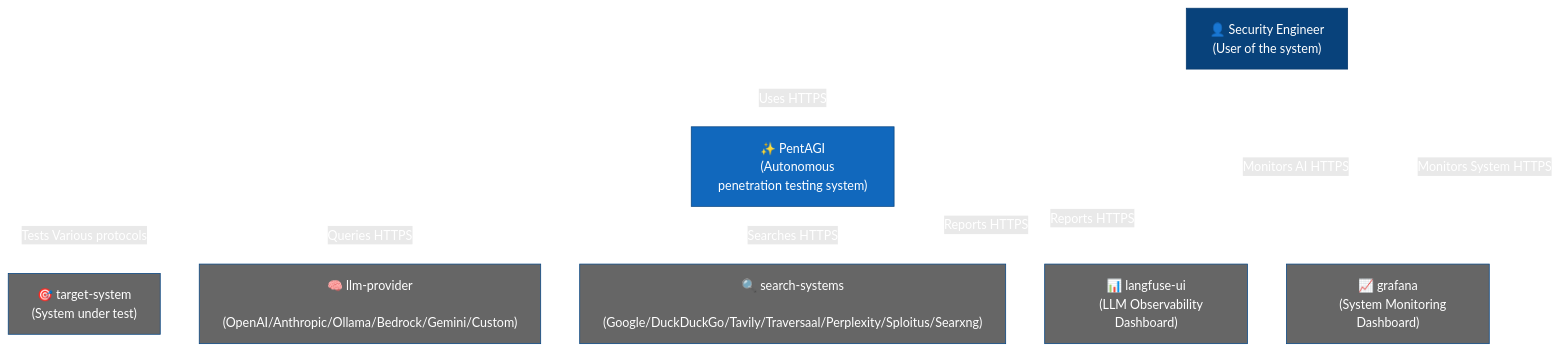
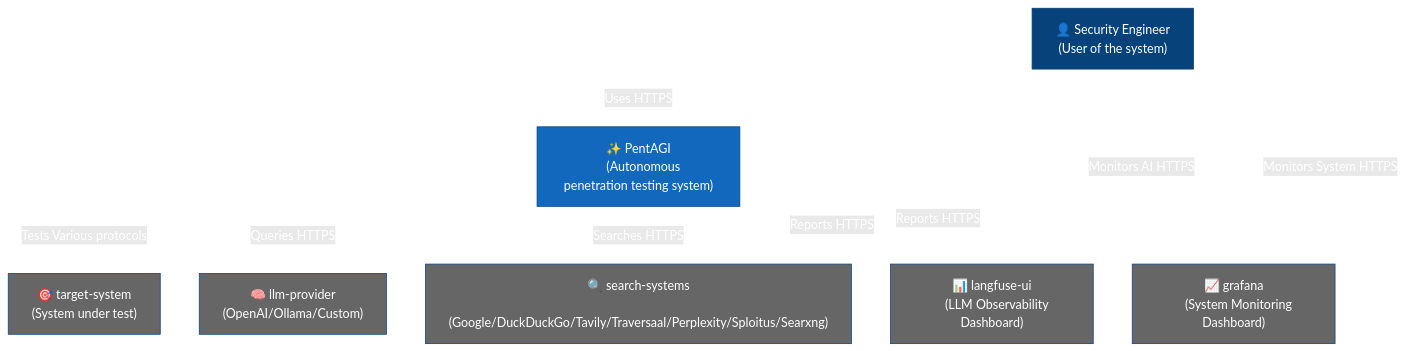
The first of 6 diagrams in README.md (giveen/pentagi), drawn with Mermaid before and after one commit. The commit also changed other lines of this file and 1 other file, not shown here.

````diff
--- a/README.md
+++ b/README.md
@@ -90,38 +90,38 @@
 ```mermaid
 flowchart TB
     classDef person fill:#08427B,stroke:#073B6F,color:#fff
     classDef system fill:#1168BD,stroke:#0B4884,color:#fff
     classDef external fill:#666666,stroke:#0B4884,color:#fff
 
     pentester["👤 Security Engineer
     (User of the system)"]
 
     pentagi["✨ PentAGI
     (Autonomous penetration testing system)"]
 
     target["🎯 target-system
     (System under test)"]
     llm["🧠 llm-provider
-    (OpenAI/Anthropic/Ollama/Bedrock/Gemini/Custom)"]
+    (OpenAI/Ollama/Custom)"]
     search["🔍 search-systems
     (Google/DuckDuckGo/Tavily/Traversaal/Perplexity/Sploitus/Searxng)"]
     langfuse["📊 langfuse-ui
     (LLM Observability Dashboard)"]
     grafana["📈 grafana
     (System Monitoring Dashboard)"]
 
     pentester --> |Uses HTTPS| pentagi
     pentester --> |Monitors AI HTTPS| langfuse
     pentester --> |Monitors System HTTPS| grafana
     pentagi --> |Tests Various protocols| target
     pentagi --> |Queries HTTPS| llm
     pentagi --> |Searches HTTPS| search
     pentagi --> |Reports HTTPS| langfuse
     pentagi --> |Reports HTTPS| grafana
 
     class pentester person
     class pentagi system
     class target,llm,search,langfuse,grafana external
 
     linkStyle default stroke:#ffffff,color:#ffffff
 ```
````
